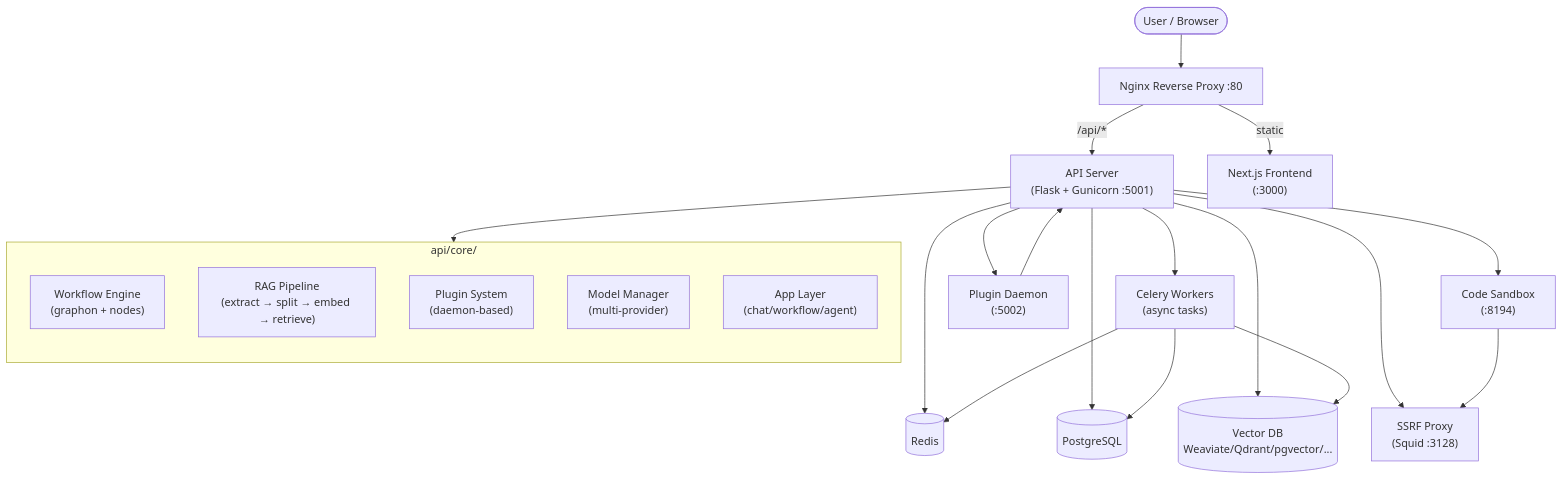
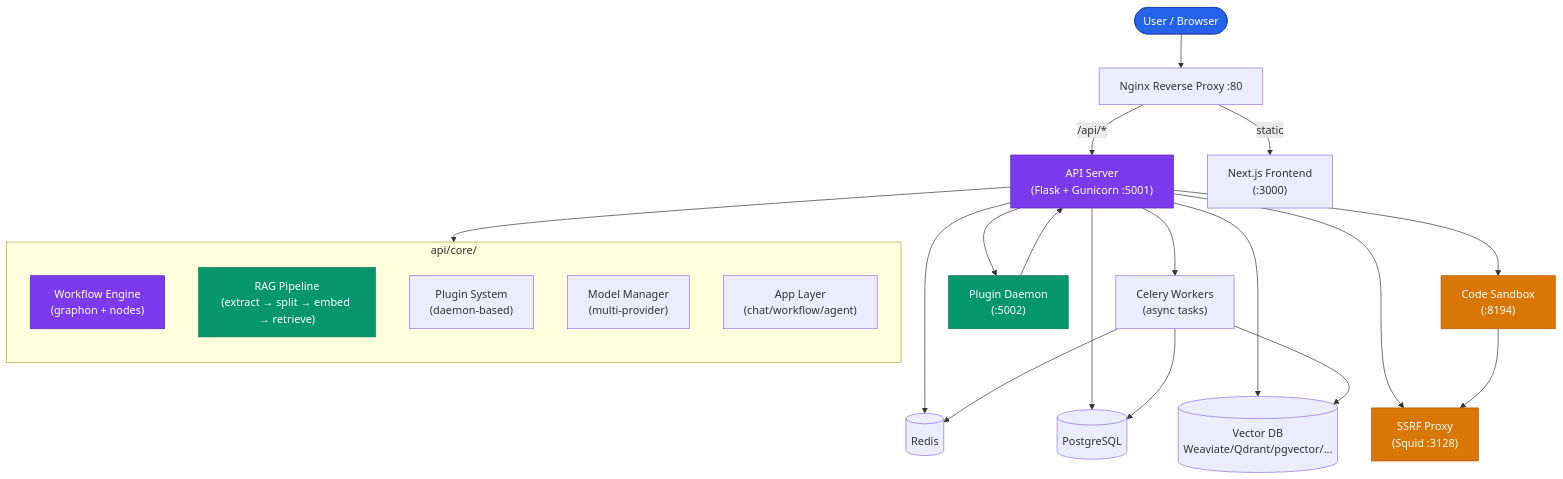
The first of 3 diagrams in dify/README.md (Codeblackbyshazzy/awesome-ai-anatomy), drawn with Mermaid before and after one commit. The commit also changed other lines of this file and 6 other files, not shown here.

Commit message:
feat: AIDA optimization — teardown titles, diagram styles, hooks

````diff
--- a/dify/README.md
+++ b/dify/README.md
@@ -24,32 +24,46 @@
 ```mermaid
 flowchart TB
     User([User / Browser]) --> Nginx[Nginx Reverse Proxy :80]
     Nginx -->|/api/*| API["API Server\n(Flask + Gunicorn :5001)"]
     Nginx -->|static| Web["Next.js Frontend\n(:3000)"]
 
     API --> Redis[(Redis)]
     API --> PG[(PostgreSQL)]
     API --> VDB[(Vector DB\nWeaviate/Qdrant/pgvector/...)]
     API --> Celery["Celery Workers\n(async tasks)"]
     API --> PluginDaemon["Plugin Daemon\n(:5002)"]
     API --> Sandbox["Code Sandbox\n(:8194)"]
     API --> SSRF["SSRF Proxy\n(Squid :3128)"]
 
     Celery --> Redis
     Celery --> PG
     Celery --> VDB
 
     PluginDaemon --> API
     Sandbox --> SSRF
 
     subgraph Core["api/core/"]
         direction TB
         WF["Workflow Engine\n(graphon + nodes)"]
         RAG["RAG Pipeline\n(extract → split → embed → retrieve)"]
         Plugin["Plugin System\n(daemon-based)"]
         ModelMgr["Model Manager\n(multi-provider)"]
         AppLayer["App Layer\n(chat/workflow/agent)"]
     end
 
     API --> Core
+
+    classDef primary fill:#2563eb,stroke:#1e40af,color:#fff
+    classDef secondary fill:#7c3aed,stroke:#5b21b6,color:#fff
+    classDef accent fill:#059669,stroke:#047857,color:#fff
+    classDef warn fill:#d97706,stroke:#b45309,color:#fff
+    classDef neutral fill:#374151,stroke:#1f2937,color:#fff
+
+    class User primary
+    class API secondary
+    class WF secondary
+    class RAG accent
+    class PluginDaemon accent
+    class Sandbox warn
+    class SSRF warn
 ```
````
